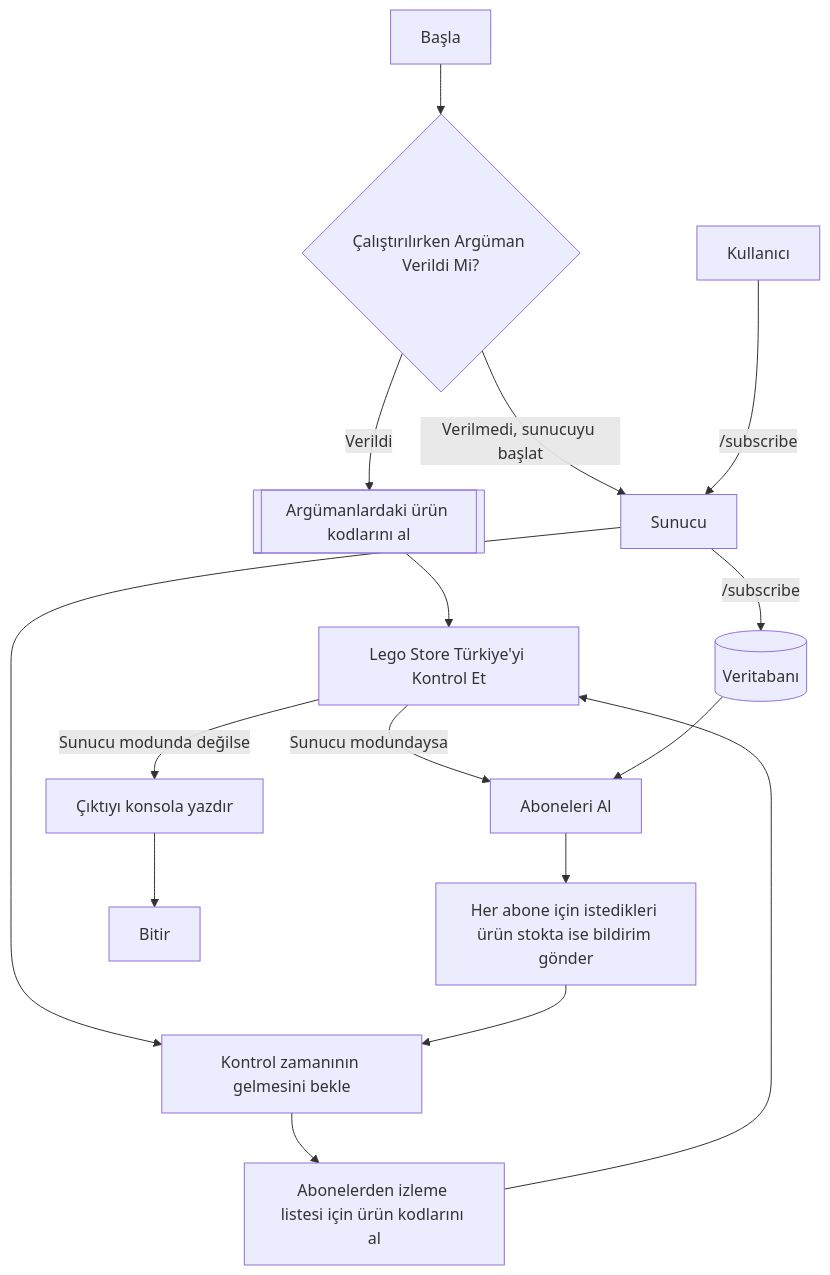
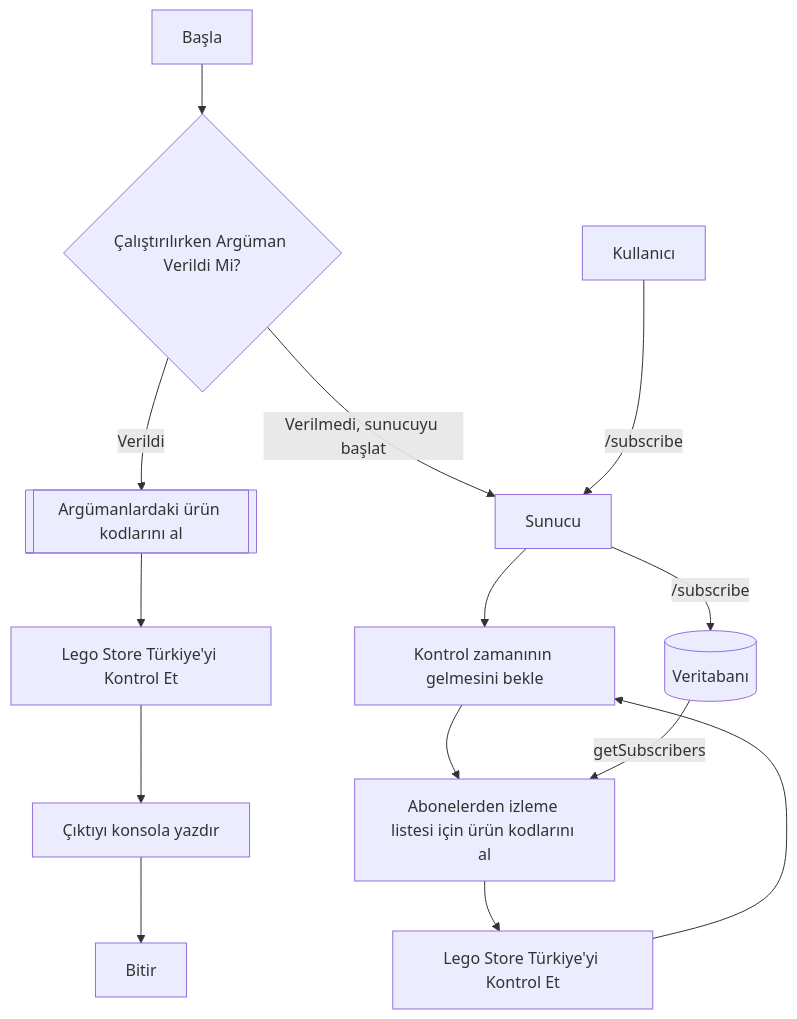
Before and after one commit to yussufbiyik/lego-store-stock-checker: the first of 2 diagrams in readme.md, drawn with Mermaid.

Commit message:
Fix flowchart

````diff
--- a/readme.md
+++ b/readme.md
@@ -11,18 +11,16 @@
 ```mermaid
 graph TD;
     A[Başla] --> B{Çalıştırılırken Argüman Verildi Mi?}
     B --> |Verildi| C[[Argümanlardaki ürün kodlarını al]]
     C --> D[Lego Store Türkiye'yi Kontrol Et]
+    D --> L[Çıktıyı konsola yazdır]
+    L --> M[Bitir]
     B --> |Verilmedi, sunucuyu başlat| E[Sunucu]
+    E --> G[Kontrol zamanının gelmesini bekle]
     F[Kullanıcı] --> |/subscribe| E
     E --> |/subscribe| I[(Veritabanı)]
-    E --> G[Kontrol zamanının gelmesini bekle]
-    G --> H[Abonelerden izleme listesi için ürün kodlarını al]
-    H --> D
-    D --> |Sunucu modundaysa| J[Aboneleri Al]
-    I --> J
-    J --> K[Her abone için istedikleri ürün stokta ise bildirim gönder]
-    K --> G
-    D --> |Sunucu modunda değilse| L[Çıktıyı konsola yazdır]
-    L --> M[Bitir]
+    G --> J[Abonelerden izleme listesi için ürün kodlarını al]
+    I --> |getSubscribers| J
+    N --> G
+    J --> N[Lego Store Türkiye'yi Kontrol Et]
 ```
````
